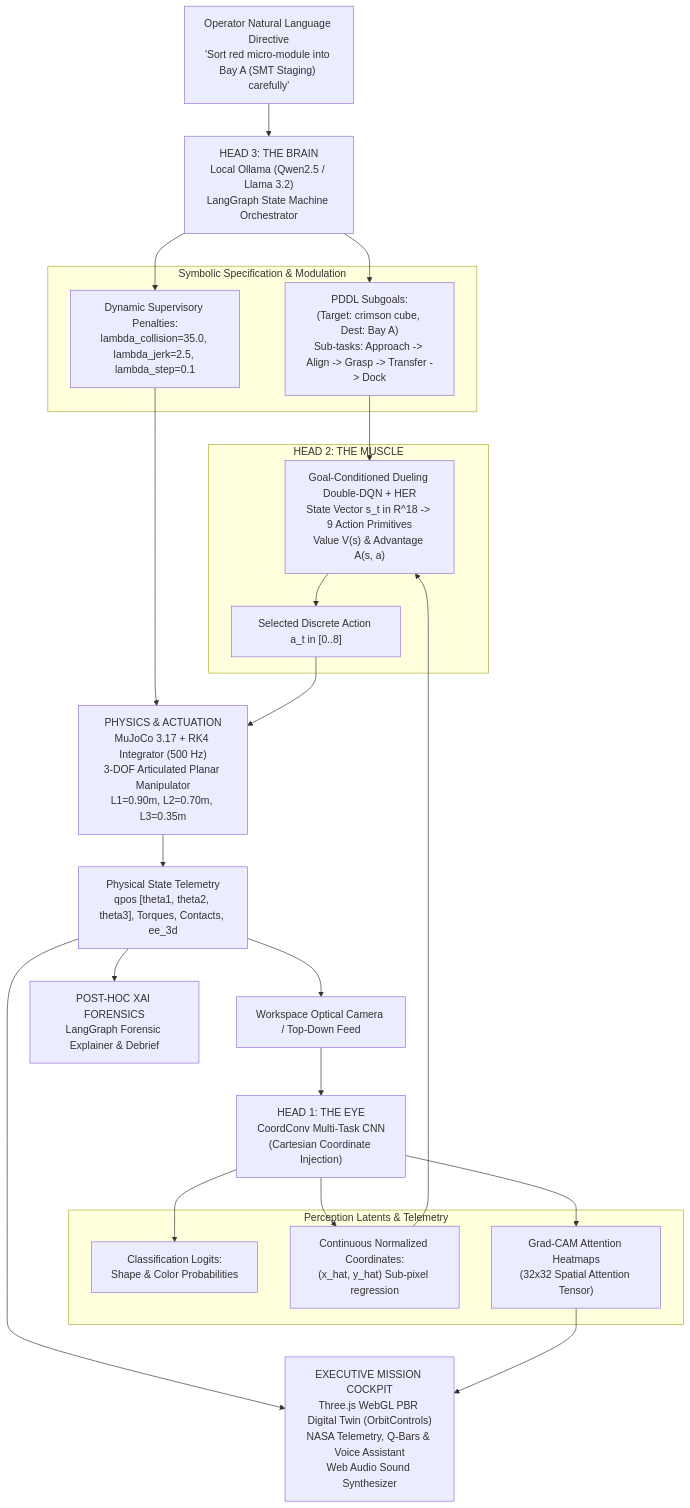
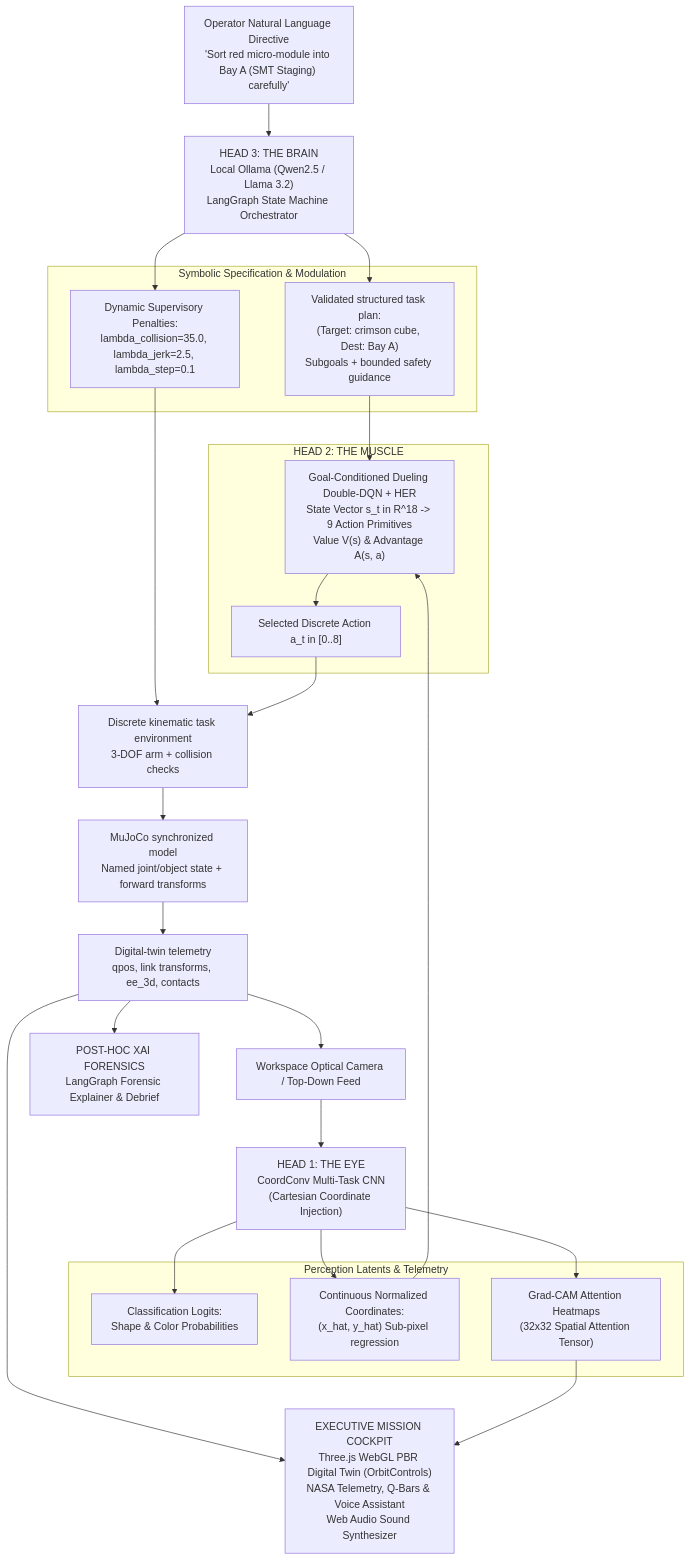
Before and after one commit to darayavahoush/CERBERUS-ARM: the diagram in README.md, drawn with Mermaid. The commit also changed other lines of this file and 49 other files, not shown here.

````diff
--- a/README.md
+++ b/README.md
@@ -38,40 +38,41 @@
 ```mermaid
 flowchart TD
     User["Operator Natural Language Directive\n'Sort red micro-module into Bay A (SMT Staging) carefully'"] --> Head3["HEAD 3: THE BRAIN\nLocal Ollama (Qwen2.5 / Llama 3.2)\nLangGraph State Machine Orchestrator"]
     
     subgraph BrainOutput ["Symbolic Specification & Modulation"]
-        PDDL["PDDL Subgoals:\n(Target: crimson cube, Dest: Bay A)\nSub-tasks: Approach -> Align -> Grasp -> Transfer -> Dock"]
+        PDDL["Validated structured task plan:\n(Target: crimson cube, Dest: Bay A)\nSubgoals + bounded safety guidance"]
         Weights["Dynamic Supervisory Penalties:\nlambda_collision=35.0, lambda_jerk=2.5, lambda_step=0.1"]
     end
     Head3 --> PDDL
     Head3 --> Weights
 
     Sensors["Workspace Optical Camera / Top-Down Feed"] --> Head1["HEAD 1: THE EYE\nCoordConv Multi-Task CNN\n(Cartesian Coordinate Injection)"]
     
     subgraph VisionOutput ["Perception Latents & Telemetry"]
         ClassPred["Classification Logits:\nShape & Color Probabilities"]
         Centroids["Continuous Normalized Coordinates:\n(x_hat, y_hat) Sub-pixel regression"]
         GradCAM["Grad-CAM Attention Heatmaps\n(32x32 Spatial Attention Tensor)"]
     end
     Head1 --> ClassPred
     Head1 --> Centroids
     Head1 --> GradCAM
 
     PDDL --> Head2
-    Weights --> MuJoCo
+    Weights --> TaskEnv
     Centroids --> Head2
 
     subgraph Manipulation ["HEAD 2: THE MUSCLE"]
         Head2["Goal-Conditioned Dueling Double-DQN + HER\nState Vector s_t in R^18 -> 9 Action Primitives\nValue V(s) & Advantage A(s, a)"]
         Policy["Selected Discrete Action a_t in [0..8]"]
         Head2 --> Policy
     end
 
-    Policy --> MuJoCo["PHYSICS & ACTUATION\nMuJoCo 3.17 + RK4 Integrator (500 Hz)\n3-DOF Articulated Planar Manipulator\nL1=0.90m, L2=0.70m, L3=0.35m"]
-    MuJoCo --> State["Physical State Telemetry\nqpos [theta1, theta2, theta3], Torques, Contacts, ee_3d"]
+    Policy --> TaskEnv["Discrete kinematic task environment\n3-DOF arm + collision checks"]
+    TaskEnv --> MuJoCo["MuJoCo synchronized model\nNamed joint/object state + forward transforms"]
+    MuJoCo --> State["Digital-twin telemetry\nqpos, link transforms, ee_3d, contacts"]
     State --> Sensors
 
     State --> Dashboard["EXECUTIVE MISSION COCKPIT\nThree.js WebGL PBR Digital Twin (OrbitControls)\nNASA Telemetry, Q-Bars & Voice Assistant\nWeb Audio Sound Synthesizer"]
     GradCAM --> Dashboard
     State --> Debrief["POST-HOC XAI FORENSICS\nLangGraph Forensic Explainer & Debrief"]
 ```
````
